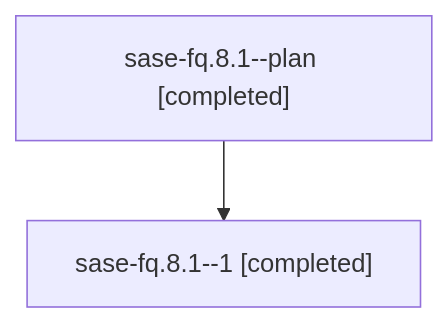
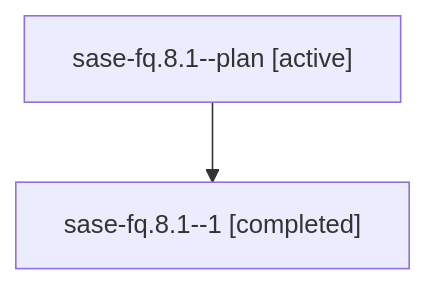
One commit to sase-org/sase--agents changed the diagram in families/bbugyi200.athena.sase-fq.8.1.md. Above: the diagram before and after it, drawn with Mermaid. The commit also changed other lines of this file and 4556 other files, not shown here.

````diff
--- a/families/bbugyi200.athena.sase-fq.8.1.md
+++ b/families/bbugyi200.athena.sase-fq.8.1.md
@@ -9,6 +9,6 @@
 ```mermaid
 flowchart TD
-  n0["sase-fq.8.1--plan [completed]"]
+  n0["sase-fq.8.1--plan [active]"]
   n1["sase-fq.8.1--1 [completed]"]
   n0 --> n1
 ```
````
